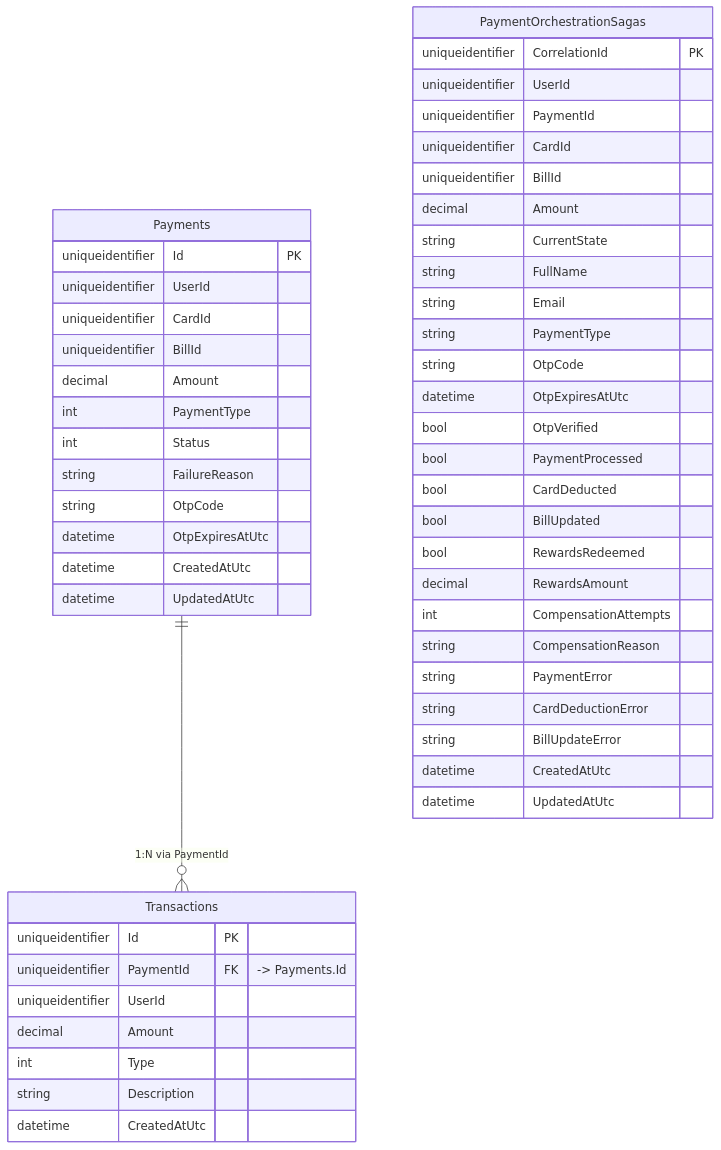
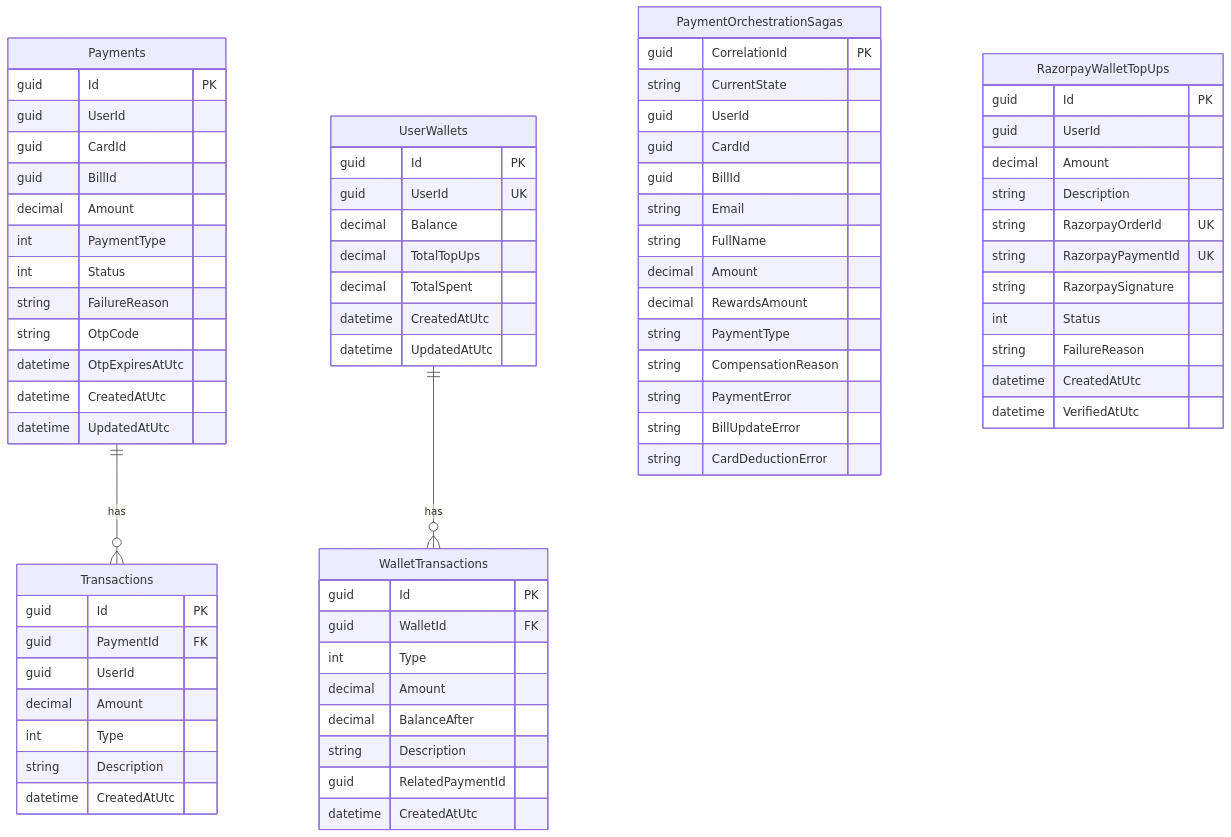
The fourth of 6 diagrams in src/docs/DB-FOREIGN-KEY-ARCHITECTURE.md (TirtharajBarma/cred-vault), drawn with Mermaid before and after one commit. The commit also changed other lines of this file and 26 other files, not shown here.

````diff
--- a/src/docs/DB-FOREIGN-KEY-ARCHITECTURE.md
+++ b/src/docs/DB-FOREIGN-KEY-ARCHITECTURE.md
@@ -253,57 +568,82 @@
 ```mermaid
 erDiagram
+    Payments ||--o{ Transactions : "has"
+    UserWallets ||--o{ WalletTransactions : "has"
+    
     Payments {
-        uniqueidentifier Id PK
-        uniqueidentifier UserId
-        uniqueidentifier CardId
-        uniqueidentifier BillId
+        guid Id PK
+        guid UserId
+        guid CardId
+        guid BillId
         decimal Amount
         int PaymentType
         int Status
         string FailureReason
         string OtpCode
         datetime OtpExpiresAtUtc
         datetime CreatedAtUtc
         datetime UpdatedAtUtc
     }
-
+    
     Transactions {
-        uniqueidentifier Id PK
-        uniqueidentifier PaymentId FK "-> Payments.Id"
-        uniqueidentifier UserId
+        guid Id PK
+        guid PaymentId FK
+        guid UserId
         decimal Amount
         int Type
         string Description
         datetime CreatedAtUtc
     }
-
+    
     PaymentOrchestrationSagas {
-        uniqueidentifier CorrelationId PK
-        uniqueidentifier UserId
-        uniqueidentifier PaymentId
-        uniqueidentifier CardId
-        uniqueidentifier BillId
+        guid CorrelationId PK
+        string CurrentState
+        guid UserId
+        guid CardId
+        guid BillId
+        string Email
+        string FullName
         decimal Amount
-        string CurrentState
-        string FullName
-        string Email
+        decimal RewardsAmount
         string PaymentType
-        string OtpCode
-        datetime OtpExpiresAtUtc
-        bool OtpVerified
-        bool PaymentProcessed
-        bool CardDeducted
-        bool BillUpdated
-        bool RewardsRedeemed
-        decimal RewardsAmount
-        int CompensationAttempts
         string CompensationReason
         string PaymentError
+        string BillUpdateError
         string CardDeductionError
-        string BillUpdateError
+    }
+    
+    UserWallets {
+        guid Id PK
+        guid UserId UK
+        decimal Balance
+        decimal TotalTopUps
+        decimal TotalSpent
         datetime CreatedAtUtc
         datetime UpdatedAtUtc
     }
-
-    Payments ||--o{ Transactions : "1:N via PaymentId"
+    
+    WalletTransactions {
+        guid Id PK
+        guid WalletId FK
+        int Type
+        decimal Amount
+        decimal BalanceAfter
+        string Description
+        guid RelatedPaymentId
+        datetime CreatedAtUtc
+    }
+    
+    RazorpayWalletTopUps {
+        guid Id PK
+        guid UserId
+        decimal Amount
+        string Description
+        string RazorpayOrderId UK
+        string RazorpayPaymentId UK
+        string RazorpaySignature
+        int Status
+        string FailureReason
+        datetime CreatedAtUtc
+        datetime VerifiedAtUtc
+    }
 ```
````
